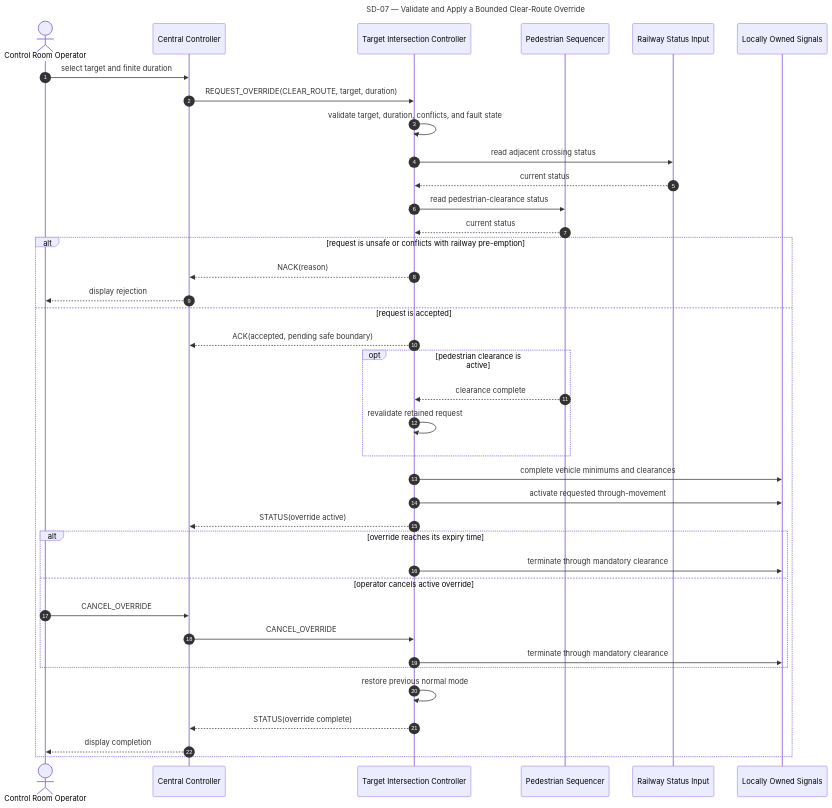
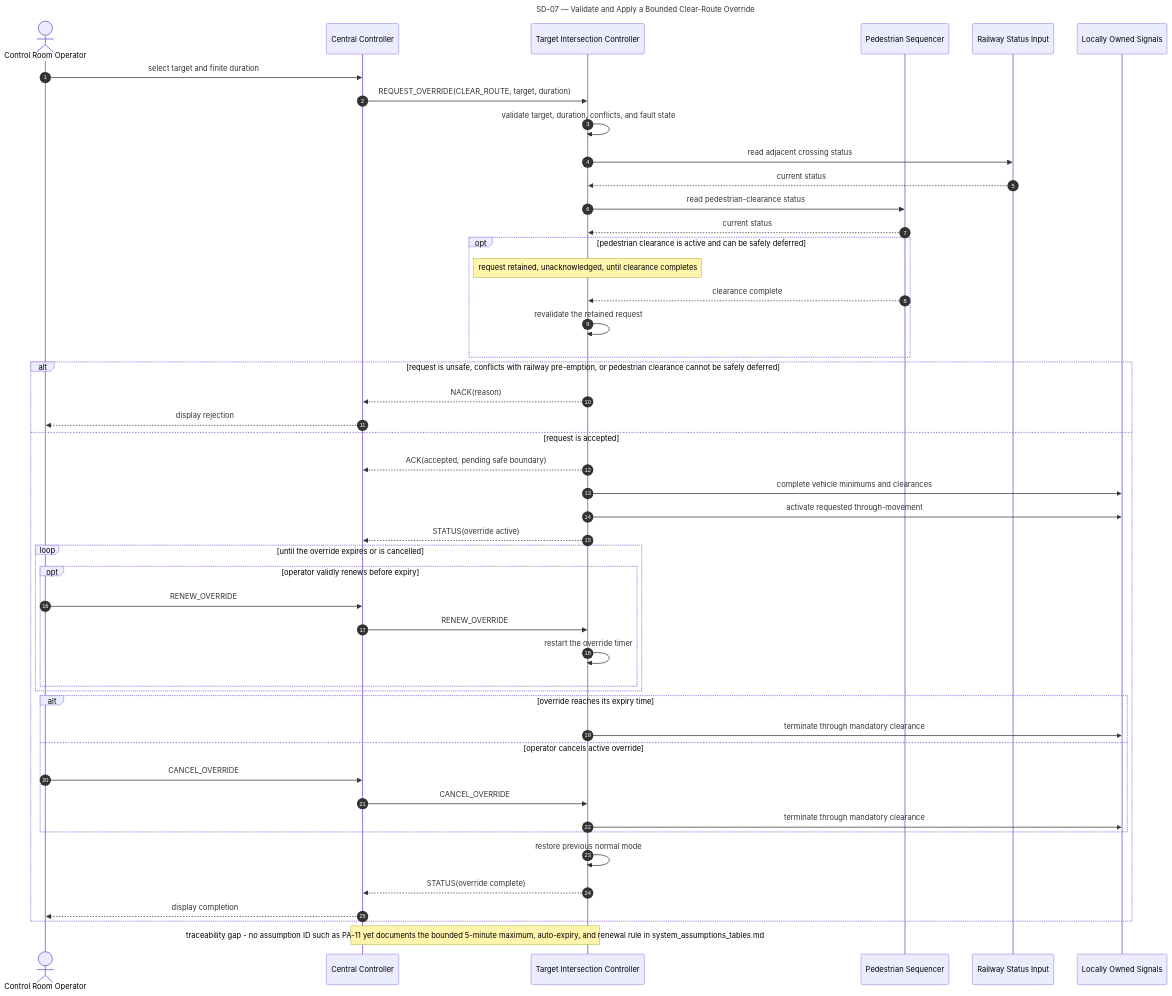
The seventh of 8 diagrams in SEQUENCE_DIAGRAMS.md (lucietran03/traffic-control-system), drawn with Mermaid before and after one commit. The commit also changed other lines of this file and 1 other file, not shown here.

First line of the commit message:
Fix SD-07 ACK ordering, restore missing UC alt flows, add review notes

````diff
--- a/SEQUENCE_DIAGRAMS.md
+++ b/SEQUENCE_DIAGRAMS.md
@@ -324,52 +353,62 @@
 ```mermaid
 ---
 title: SD-07 — Validate and Apply a Bounded Clear-Route Override
 ---
 sequenceDiagram
     accTitle: SD-07 Validate and Apply a Bounded Clear-Route Override
     accDescr: Central requests a bounded clear-route override and the target controller validates, safely applies, and automatically or manually terminates it.
     autonumber
 
     actor Op as Control Room Operator
     participant C1 as Central Controller
     participant Lx as Target Intersection Controller
     participant Ped as Pedestrian Sequencer
     participant Rail as Railway Status Input
     participant Sig as Locally Owned Signals
 
     Op->>C1: select target and finite duration
     C1->>Lx: REQUEST_OVERRIDE(CLEAR_ROUTE, target, duration)
     Lx->>Lx: validate target, duration, conflicts, and fault state
     Lx->>Rail: read adjacent crossing status
     Rail-->>Lx: current status
     Lx->>Ped: read pedestrian-clearance status
     Ped-->>Lx: current status
 
-    alt request is unsafe or conflicts with railway pre-emption
+    opt pedestrian clearance is active and can be safely deferred
+        Note over Lx: request retained, unacknowledged, until clearance completes
+        Ped-->>Lx: clearance complete
+        Lx->>Lx: revalidate the retained request
+    end
+
+    alt request is unsafe, conflicts with railway pre-emption, or pedestrian clearance cannot be safely deferred
         Lx-->>C1: NACK(reason)
         C1-->>Op: display rejection
     else request is accepted
         Lx-->>C1: ACK(accepted, pending safe boundary)
-
-        opt pedestrian clearance is active
-            Ped-->>Lx: clearance complete
-            Lx->>Lx: revalidate retained request
-        end
-
         Lx->>Sig: complete vehicle minimums and clearances
         Lx->>Sig: activate requested through-movement
         Lx-->>C1: STATUS(override active)
+
+        loop until the override expires or is cancelled
+            opt operator validly renews before expiry
+                Op->>C1: RENEW_OVERRIDE
+                C1->>Lx: RENEW_OVERRIDE
+                Lx->>Lx: restart the override timer
+            end
+        end
 
         alt override reaches its expiry time
             Lx->>Sig: terminate through mandatory clearance
         else operator cancels active override
             Op->>C1: CANCEL_OVERRIDE
             C1->>Lx: CANCEL_OVERRIDE
             Lx->>Sig: terminate through mandatory clearance
         end
 
         Lx->>Lx: restore previous normal mode
         Lx-->>C1: STATUS(override complete)
         C1-->>Op: display completion
     end
+
+    Note over Lx,C1: traceability gap - no assumption ID such as PA-11 yet documents the bounded 5-minute maximum, auto-expiry, and renewal rule in system_assumptions_tables.md
 ```
````
